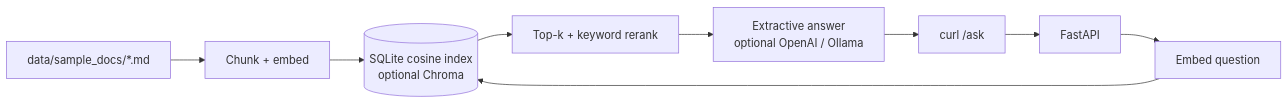
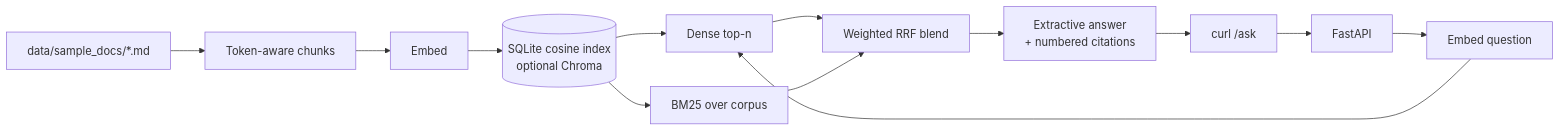
Before and after one commit to Birra3324/company-rag-assistant: the diagram in README.md, drawn with Mermaid. The commit also changed other lines of this file and 22 other files, not shown here.

First line of the commit message:
Days 12–14: token-aware chunking, hybrid BM25 retrieval, eval harness.

````diff
--- a/README.md
+++ b/README.md
@@ -46,11 +46,15 @@
 ```mermaid
 flowchart LR
-  Docs["data/sample_docs/*.md"] --> Ingest["Chunk + embed"]
-  Ingest --> Store[("SQLite cosine index\noptional Chroma")]
+  Docs["data/sample_docs/*.md"] --> Chunk["Token-aware chunks"]
+  Chunk --> Embed["Embed"]
+  Embed --> Store[("SQLite cosine index\noptional Chroma")]
   User["curl /ask"] --> API[FastAPI]
-  API --> Embed["Embed question"]
-  Embed --> Store
-  Store --> Retrieve["Top-k + keyword rerank"]
-  Retrieve --> Gen["Extractive answer\noptional OpenAI / Ollama"]
+  API --> EmbedQ["Embed question"]
+  EmbedQ --> Dense["Dense top-n"]
+  Store --> Dense
+  Store --> BM25["BM25 over corpus"]
+  Dense --> Fuse["Weighted RRF blend"]
+  BM25 --> Fuse
+  Fuse --> Gen["Extractive answer\n+ numbered citations"]
   Gen --> User
 ```
````
